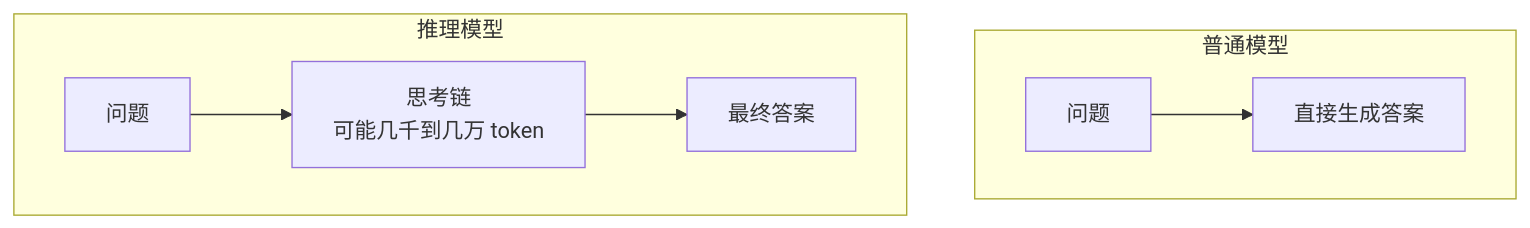
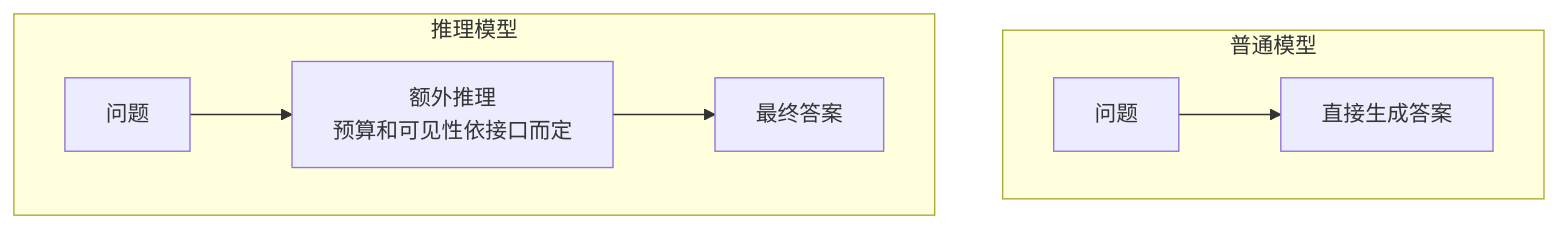
The second of 4 diagrams in docs/tools/01-function-calling/07-reasoning-models-and-tools.md (oneleaveknowsthefall/awesome-ai-roadmap), drawn with Mermaid before and after one commit. The commit also changed other lines of this file and 50 other files, not shown here.

````diff
--- a/docs/tools/01-function-calling/07-reasoning-models-and-tools.md
+++ b/docs/tools/01-function-calling/07-reasoning-models-and-tools.md
@@ -23,11 +27,11 @@
 ```mermaid
 flowchart TB
     subgraph NORMAL["普通模型"]
         N1[问题] --> N2[直接生成答案]
     end
 
     subgraph REASONING["推理模型"]
-        R1[问题] --> R2["思考链<br/>可能几千到几万 token"]
+        R1[问题] --> R2["额外推理<br/>预算和可见性依接口而定"]
         R2 --> R3[最终答案]
     end
 ```
````
